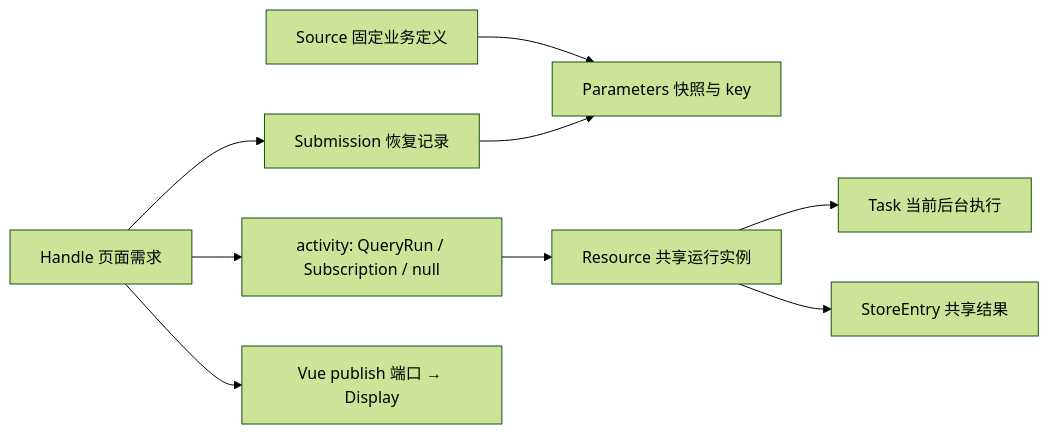
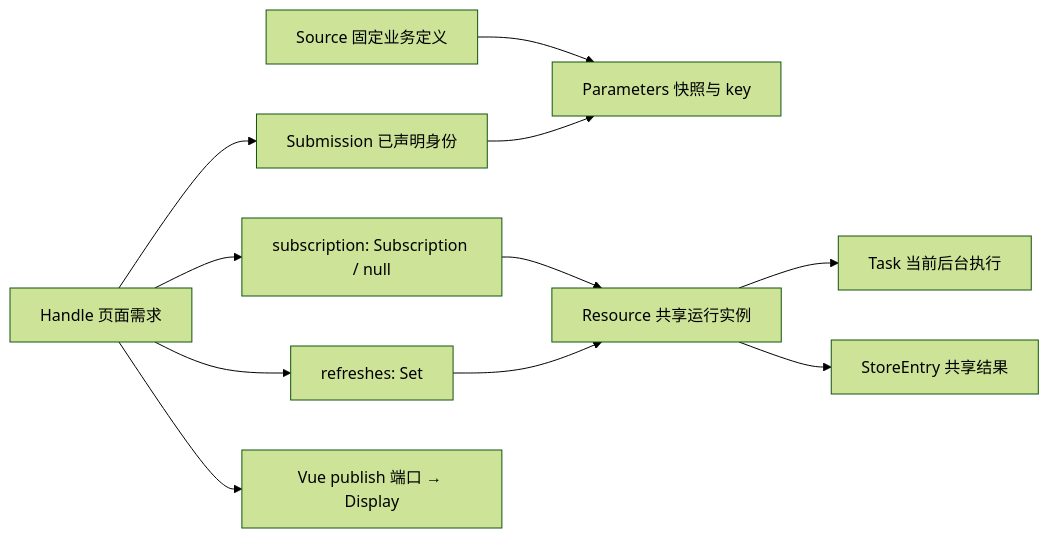
Before and after one commit to anjing0524/vue-refresh: the diagram in DESIGN.md, drawn with Mermaid (forest theme). The commit also changed other lines of this file and 16 other files, not shown here.

````diff
--- a/DESIGN.md
+++ b/DESIGN.md
@@ -93,11 +94,13 @@
 ```mermaid
 flowchart LR
   Source[Source 固定业务定义] --> Parameters[Parameters 快照与 key]
-  Handle[Handle 页面需求] --> Submission[Submission 恢复记录]
+  Handle[Handle 页面需求] --> Submission[Submission 已声明身份]
   Submission --> Parameters
-  Handle --> Activity[activity: QueryRun / Subscription / null]
+  Handle --> Activity[subscription: Subscription / null]
+  Handle --> Refresh[refreshes: Set<RefreshWaiter>]
   Activity --> Resource[Resource 共享运行实例]
+  Refresh --> Resource
   Resource --> Task[Task 当前后台执行]
   Resource --> Entry[StoreEntry 共享结果]
   Handle --> Display[Vue publish 端口 → Display]
 ```
````
